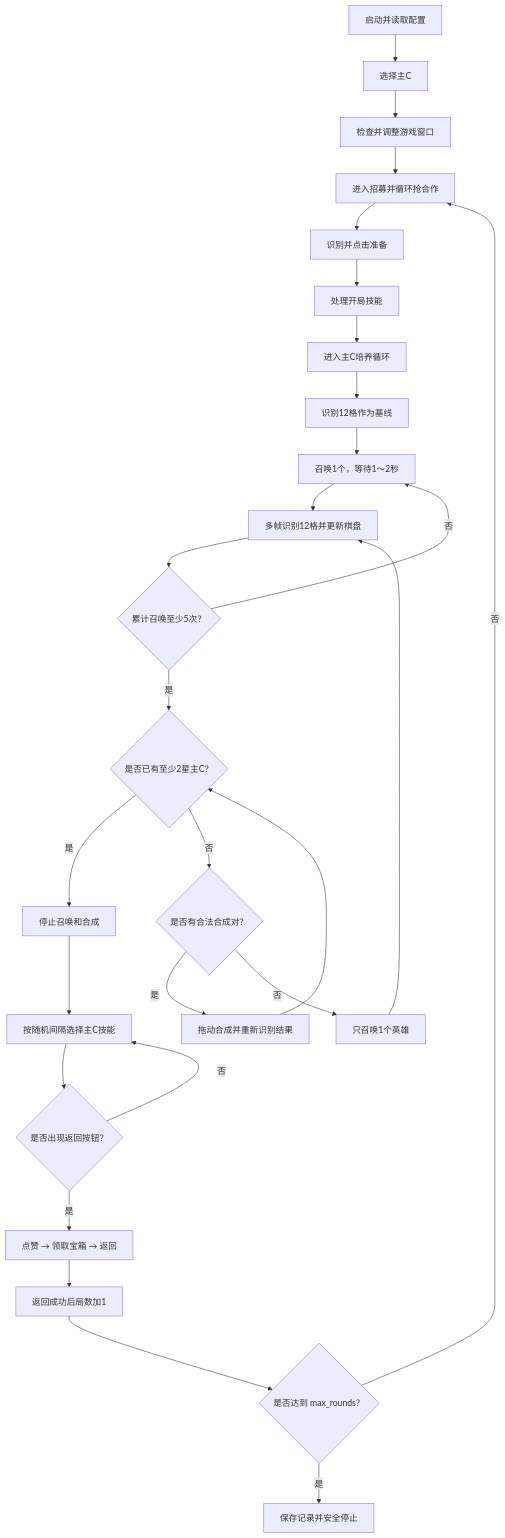
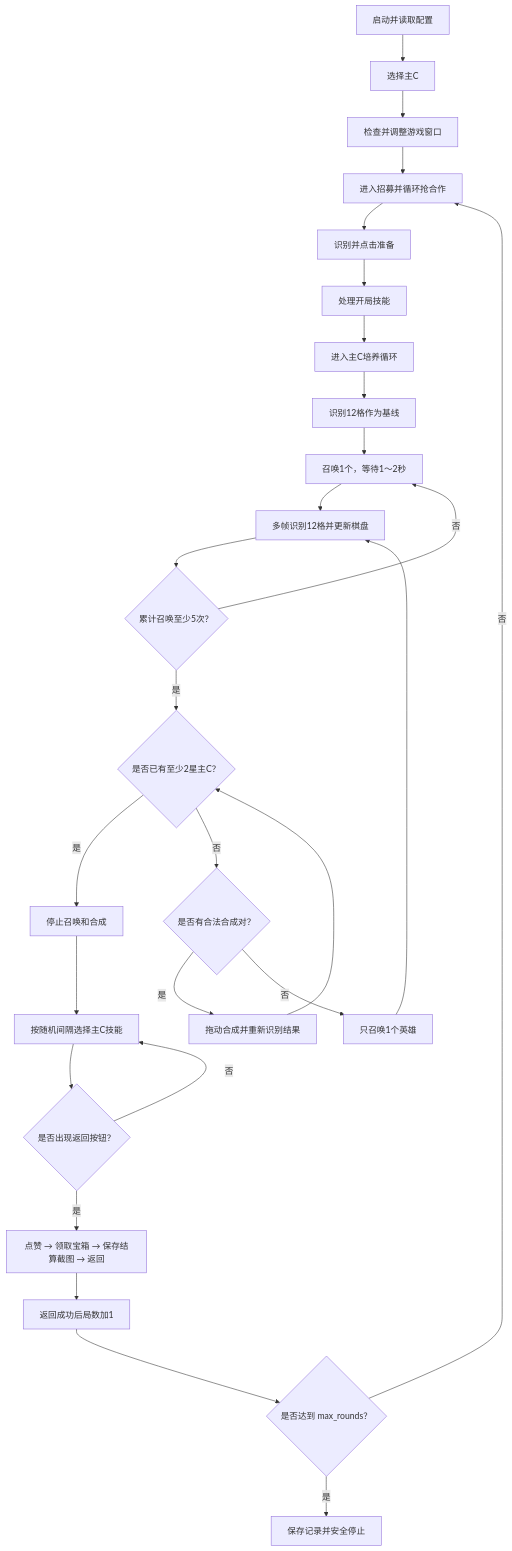
Before and after one commit to imer2026/wlxq: the first of 2 diagrams in docs/automation-flow.md, drawn with Mermaid. The commit also changed other lines of this file and 15 other files, not shown here.

````diff
--- a/docs/automation-flow.md
+++ b/docs/automation-flow.md
@@ -39,29 +39,29 @@
 ```mermaid
 flowchart TD
     A["启动并读取配置"] --> B["选择主C"]
     B --> C["检查并调整游戏窗口"]
     C --> D["进入招募并循环抢合作"]
     D --> E["识别并点击准备"]
     E --> H["处理开局技能"]
     H --> J["进入主C培养循环"]
     J --> M0["识别12格作为基线"]
     M0 --> L["召唤1个，等待1～2秒"]
     L --> M["多帧识别12格并更新棋盘"]
     M --> C5{"累计召唤至少5次？"}
     C5 -- "否" --> L
     C5 -- "是" --> K{"是否已有至少2星主C？"}
     K -- "是" --> P["停止召唤和合成"]
     K -- "否" --> N{"是否有合法合成对？"}
     N -- "是" --> O["拖动合成并重新识别结果"]
     O --> K
     N -- "否" --> L2["只召唤1个英雄"]
     L2 --> M
     P --> Q["按随机间隔选择主C技能"]
     Q --> R{"是否出现返回按钮？"}
     R -- "否" --> Q
-    R -- "是" --> S["点赞 → 领取宝箱 → 返回"]
+    R -- "是" --> S["点赞 → 领取宝箱 → 保存结算截图 → 返回"]
     S --> T["返回成功后局数加1"]
     T --> U{"是否达到 max_rounds？"}
     U -- "否" --> D
     U -- "是" --> V["保存记录并安全停止"]
 ```
````
